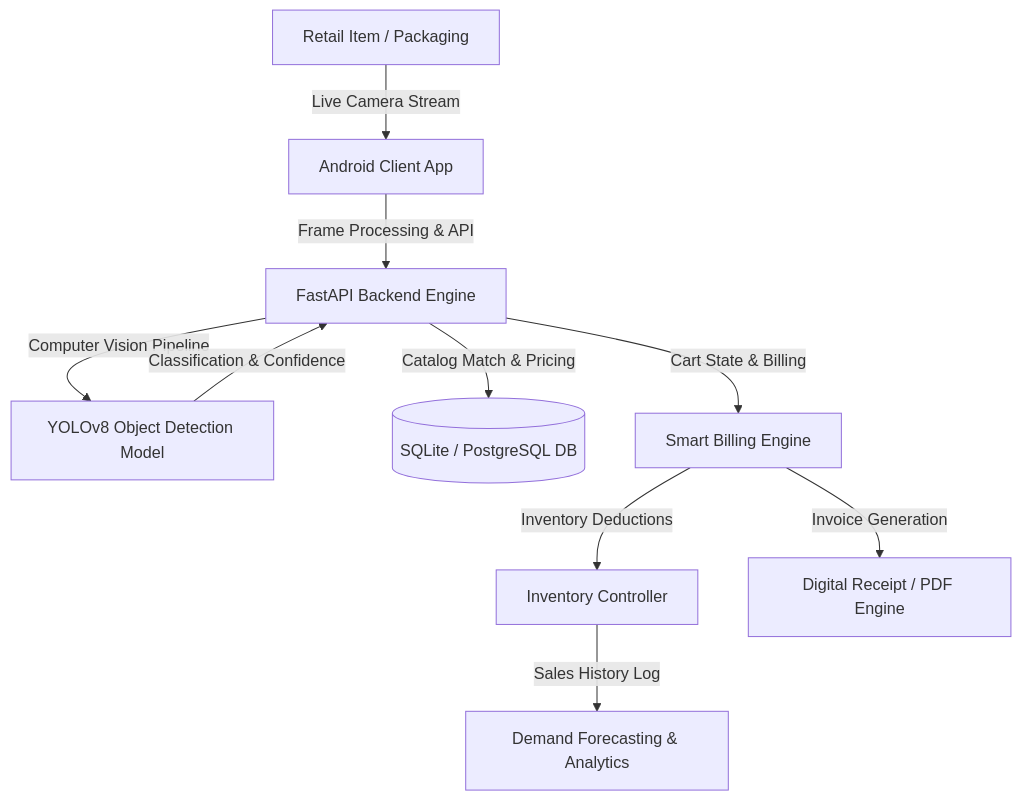
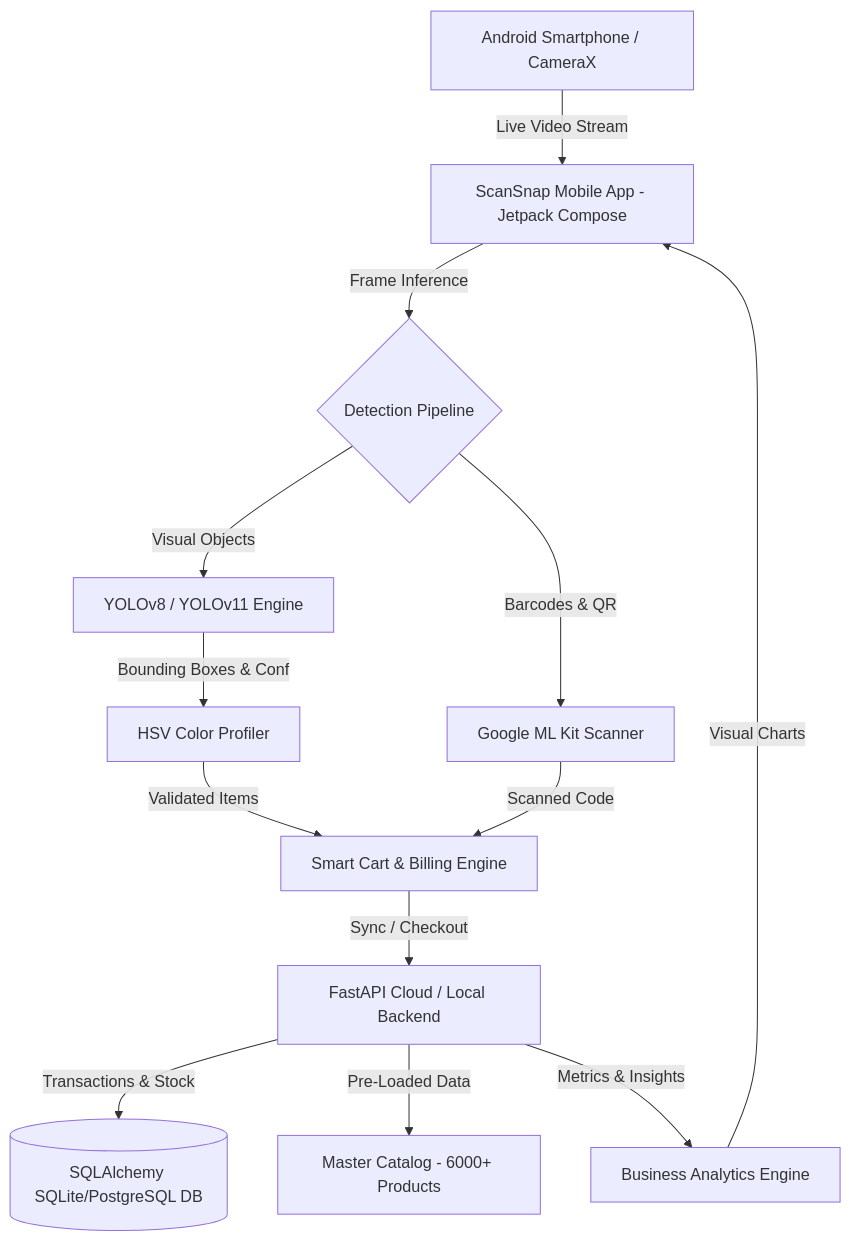
One commit to Abhrxdip/Scansnap_Ai changed the diagram in README.md. Above: the diagram before and after it, drawn with Mermaid. The commit also changed other lines of this file, not shown here.

````diff
--- a/README.md
+++ b/README.md
@@ -34,12 +37,15 @@
 ```mermaid
-flowchart TD
-    A[Retail Item / Packaging] -->|Live Camera Stream| B[Android Client App]
-    B -->|Frame Processing & API| C[FastAPI Backend Engine]
-    C -->|Computer Vision Pipeline| D[YOLOv8 Object Detection Model]
-    D -->|Classification & Confidence| C
-    C -->|Catalog Match & Pricing| E[(SQLite / PostgreSQL DB)]
-    C -->|Cart State & Billing| F[Smart Billing Engine]
-    F -->|Inventory Deductions| G[Inventory Controller]
-    F -->|Invoice Generation| H[Digital Receipt / PDF Engine]
-    G -->|Sales History Log| I[Demand Forecasting & Analytics]
+graph TD
+    A[Android Smartphone / CameraX] -->|Live Video Stream| B[ScanSnap Mobile App - Jetpack Compose]
+    B -->|Frame Inference| C{Detection Pipeline}
+    C -->|Visual Objects| D[YOLOv8 / YOLOv11 Engine]
+    C -->|Barcodes & QR| E[Google ML Kit Scanner]
+    D -->|Bounding Boxes & Conf| F[HSV Color Profiler]
+    F -->|Validated Items| G[Smart Cart & Billing Engine]
+    E -->|Scanned Code| G
+    G -->|Sync / Checkout| H[FastAPI Cloud / Local Backend]
+    H -->|Transactions & Stock| I[(SQLAlchemy SQLite/PostgreSQL DB)]
+    H -->|Pre-Loaded Data| J[Master Catalog - 6000+ Products]
+    H -->|Metrics & Insights| K[Business Analytics Engine]
+    K -->|Visual Charts| B
 ```
````
